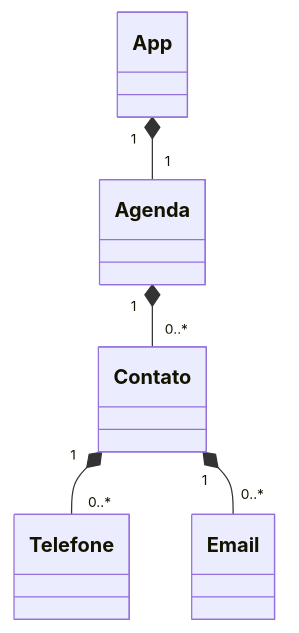
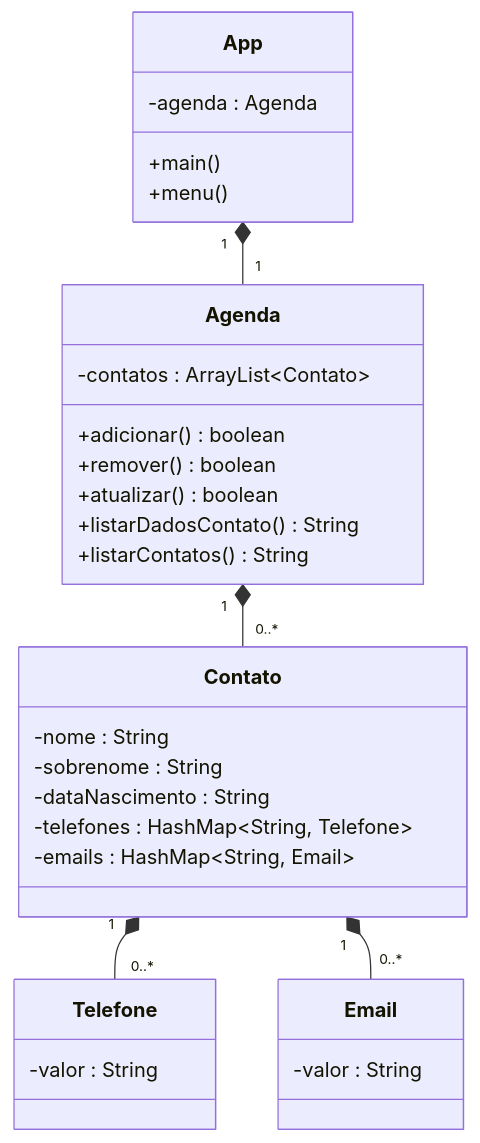
Before and after one commit to LuisEAbreu/poo: the diagram in aulas/2026-10-05/projeto02/README.md, drawn with Mermaid. The commit also changed 9 other files, not shown here.

````diff
--- a/aulas/2026-10-05/projeto02/README.md
+++ b/aulas/2026-10-05/projeto02/README.md
@@ -17,18 +17,39 @@
 ```mermaid
     classDiagram
         
-        class App
+        class App{
+            -agenda : Agenda
+            +main()
+            +menu()
+        }
         
-        class Agenda
+        class Agenda{ 
+            -contatos : ArrayList~Contato~
+            +adicionar() boolean
+            +remover() boolean
+            +atualizar() boolean
+            +listarDadosContato() String
+            +listarContatos() String
+        }
         
-        class Contato
+        class Contato{
+            -nome : String
+            -sobrenome : String
+            -dataNascimento : String
+            -telefones : HashMap~String, Telefone~
+            -emails : HashMap~String, Email~
+        }
         
-        class Telefone
+        class Telefone{
+            -valor : String
+        }
 
-        class Email
+        class Email{ 
+            -valor : String
+        }
         
         App "1" *-- "1" Agenda
         Agenda "1" *-- "0..*" Contato
         Contato "1" *-- "0..*" Telefone
         Contato "1" *-- "0..*" Email
 ```
````
